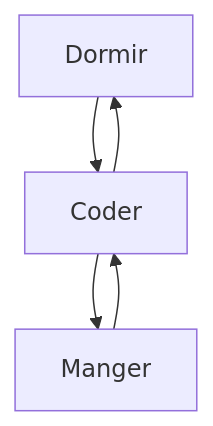
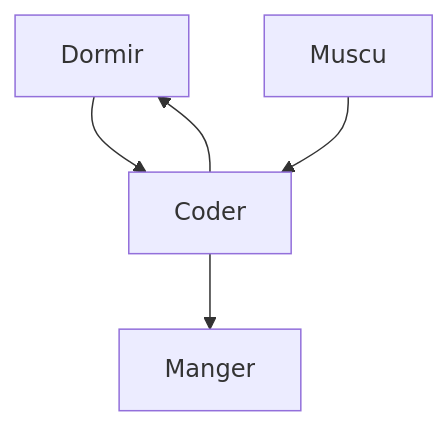
The diagram in README.md (ToKuOFFI/ToKuOFFI), drawn with Mermaid before and after one commit.

````diff
--- a/README.md
+++ b/README.md
@@ -26,7 +26,7 @@
 ```mermaid 
     graph TD;
     Dormir-->Coder;
     Coder-->Manger;
-    Manger-->Coder;
+    Muscu-->Coder
     Coder-->Dormir;
 ```
````
